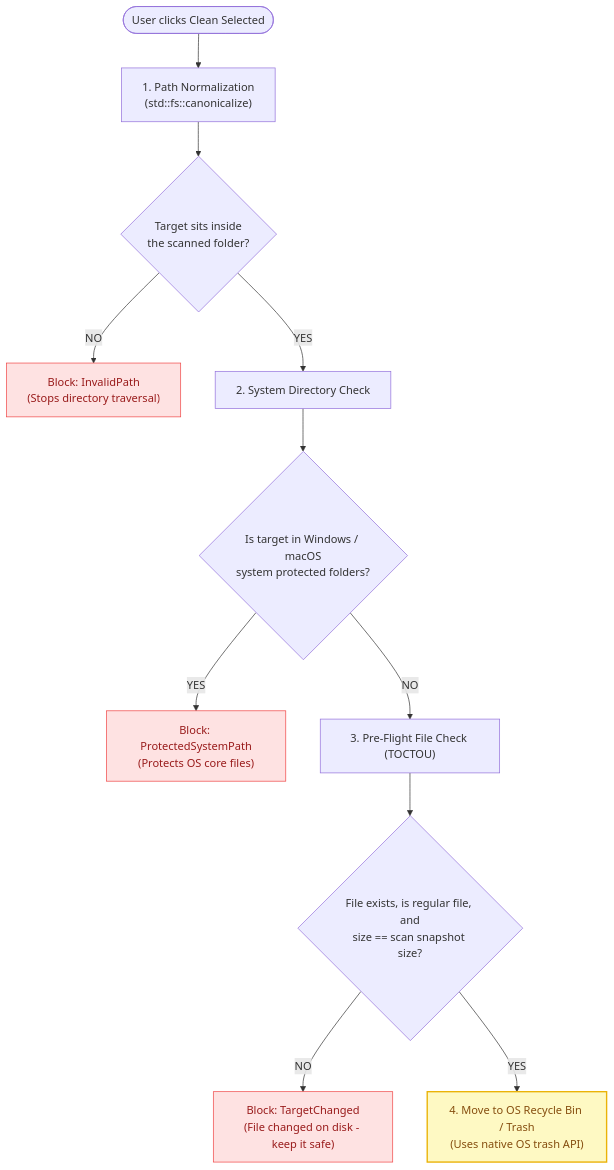
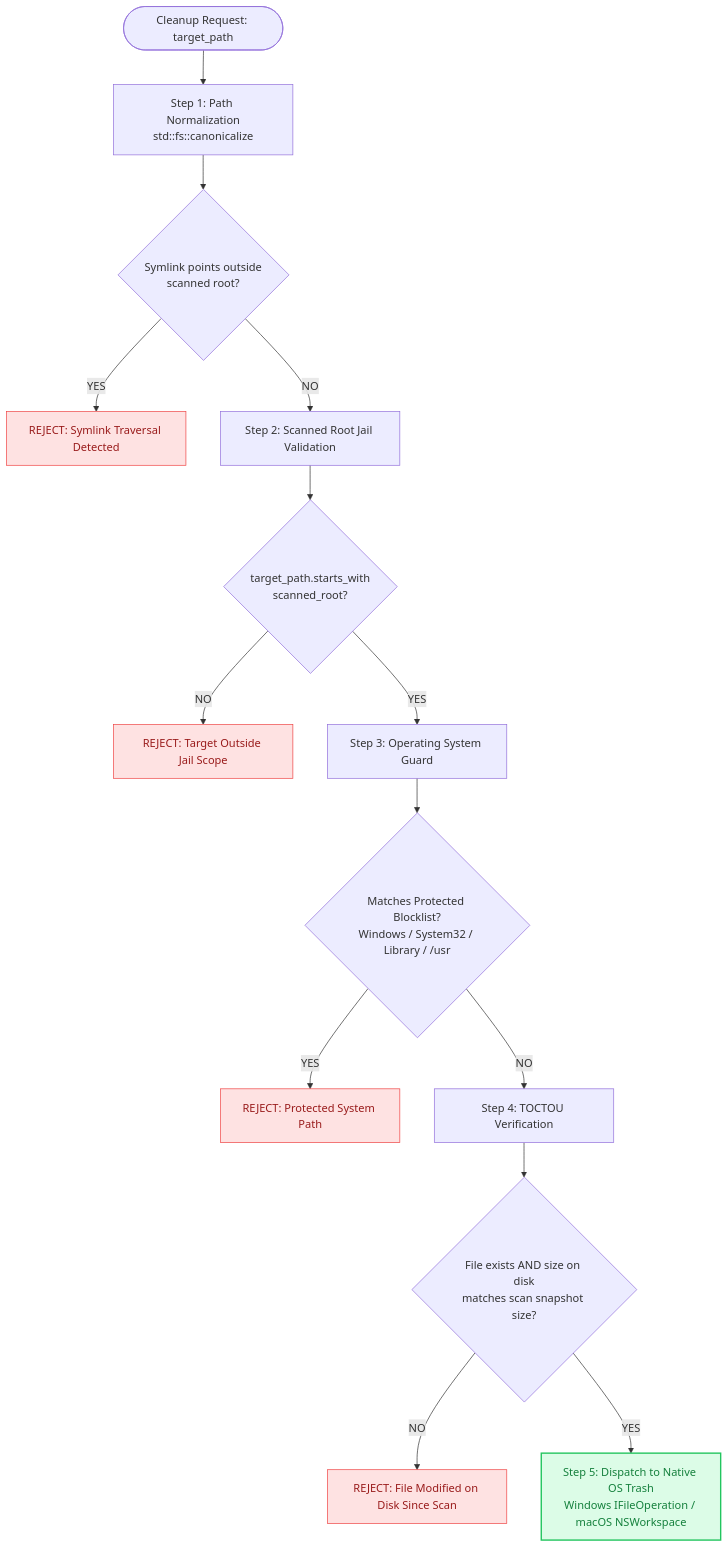
The fifth of 7 diagrams in docs/SYSTEM_DESIGN.md (ankitpandey1900/ByteMap), drawn with Mermaid before and after one commit. The commit also changed other lines of this file, not shown here.

Commit message:
docs: enrich system design specification with in-depth diagrams and architecture models

````diff
--- a/docs/SYSTEM_DESIGN.md
+++ b/docs/SYSTEM_DESIGN.md
@@ -152,22 +291,26 @@
 ```mermaid
 flowchart TD
-    Req([User clicks Clean Selected]) --> Check1["1. Path Normalization<br/>(std::fs::canonicalize)"]
+    Req([Cleanup Request: target_path]) --> Step1[Step 1: Path Normalization<br/>std::fs::canonicalize]
     
-    Check1 --> Gate1{"Target sits inside<br/>the scanned folder?"}
-    Gate1 -- NO --> Reject1["Block: InvalidPath<br/>(Stops directory traversal)"]
+    Step1 --> Gate1{Symlink points outside<br/>scanned root?}
+    Gate1 -- YES --> Block1[REJECT: Symlink Traversal Detected]
+    Gate1 -- NO --> Step2[Step 2: Scanned Root Jail Validation]
     
-    Gate1 -- YES --> Check2["2. System Directory Check"]
-    Check2 --> Gate2{"Is target in Windows / macOS<br/>system protected folders?"}
-    Gate2 -- YES --> Reject2["Block: ProtectedSystemPath<br/>(Protects OS core files)"]
+    Step2 --> Gate2{target_path.starts_with<br/>scanned_root?}
+    Gate2 -- NO --> Block2[REJECT: Target Outside Jail Scope]
+    Gate2 -- YES --> Step3[Step 3: Operating System Guard]
     
-    Gate2 -- NO --> Check3["3. Pre-Flight File Check (TOCTOU)"]
-    Check3 --> Gate3{"File exists, is regular file, and<br/>size == scan snapshot size?"}
-    Gate3 -- NO --> Reject3["Block: TargetChanged<br/>(File changed on disk - keep it safe)"]
+    Step3 --> Gate3{Matches Protected Blocklist?<br/>Windows / System32 / Library / /usr}
+    Gate3 -- YES --> Block3[REJECT: Protected System Path]
+    Gate3 -- NO --> Step4[Step 4: TOCTOU Verification]
     
-    Gate3 -- YES --> Exec["4. Move to OS Recycle Bin / Trash<br/>(Uses native OS trash API)"]
+    Step4 --> Gate4{File exists AND size on disk<br/>matches scan snapshot size?}
+    Gate4 -- NO --> Block4[REJECT: File Modified on Disk Since Scan]
+    Gate4 -- YES --> Exec[Step 5: Dispatch to Native OS Trash<br/>Windows IFileOperation / macOS NSWorkspace]
 
-    style Reject1 fill:#fee2e2,stroke:#ef4444,color:#991b1b
-    style Reject2 fill:#fee2e2,stroke:#ef4444,color:#991b1b
-    style Reject3 fill:#fee2e2,stroke:#ef4444,color:#991b1b
-    style Exec fill:#fef9c3,stroke:#eab308,color:#854d0e,stroke-width:2px
+    style Block1 fill:#fee2e2,stroke:#ef4444,color:#991b1b
+    style Block2 fill:#fee2e2,stroke:#ef4444,color:#991b1b
+    style Block3 fill:#fee2e2,stroke:#ef4444,color:#991b1b
+    style Block4 fill:#fee2e2,stroke:#ef4444,color:#991b1b
+    style Exec fill:#dcfce7,stroke:#22c55e,color:#15803d,stroke-width:2px
 ```
````
